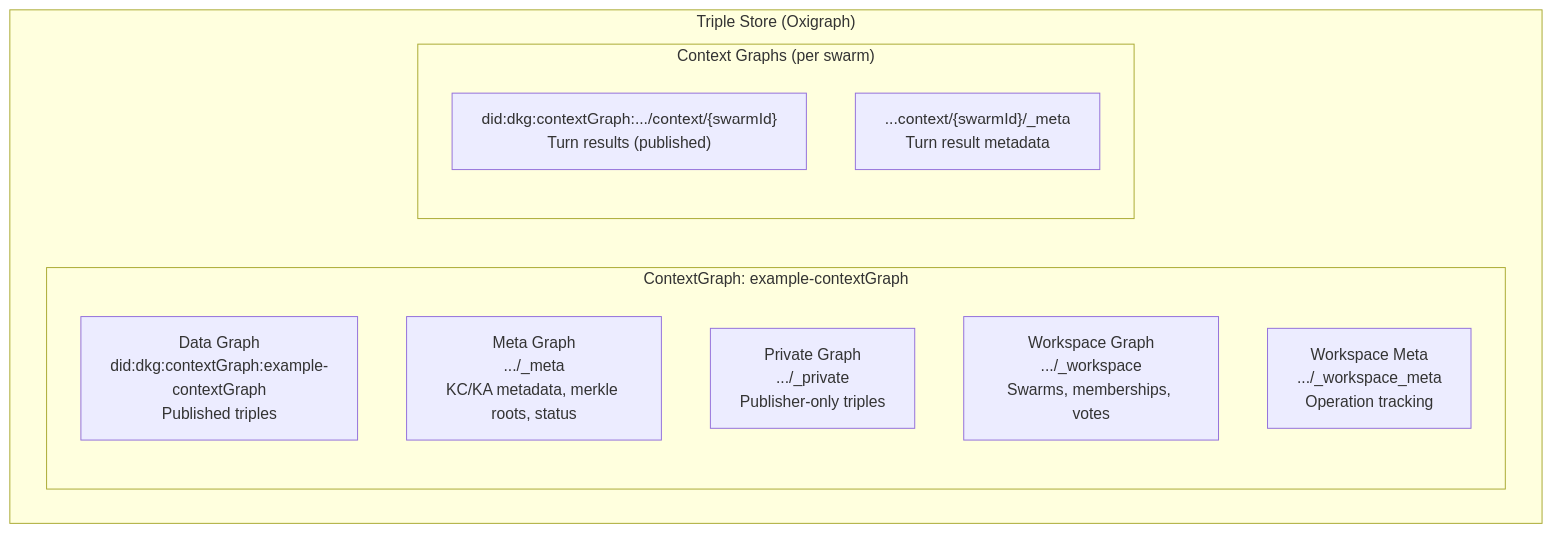
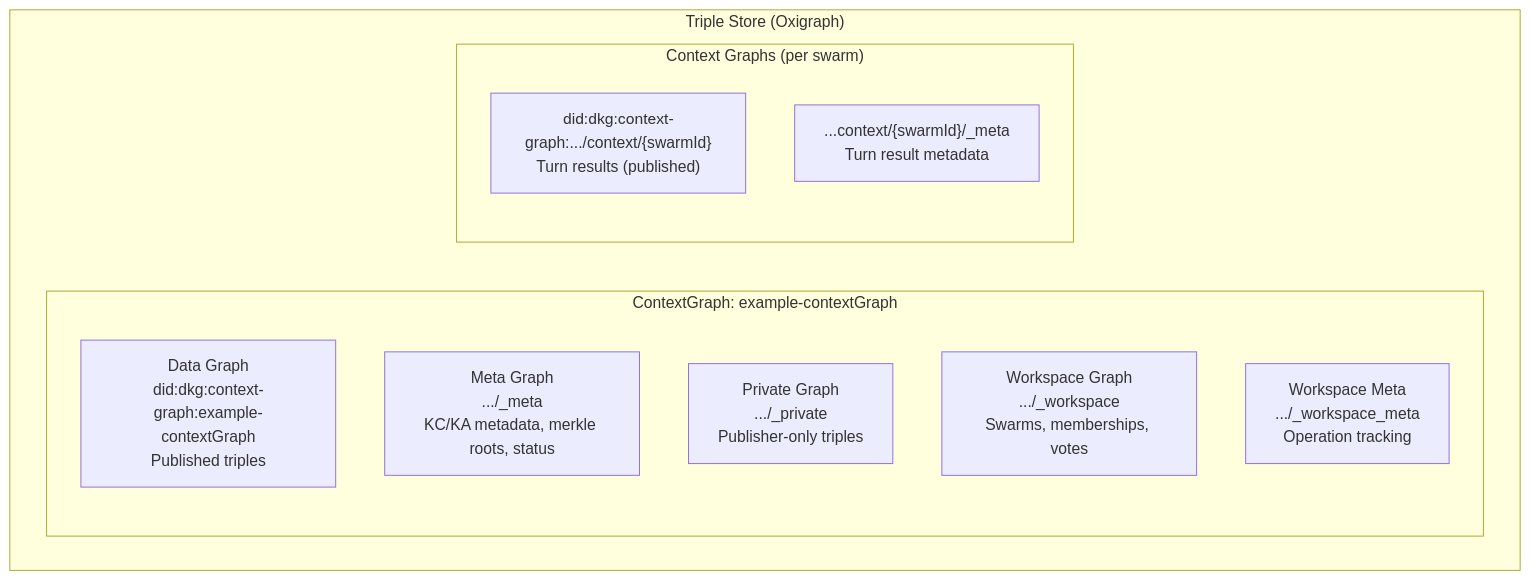
Diagram 13 of 15 in docs/v9-protocol-operations.md (KilianTrunk/dkg), drawn with Mermaid before and after one commit. The commit also changed other lines of this file and 44 other files, not shown here.

Commit message:
fix: align context graph protocol cleanup

````diff
--- a/docs/v9-protocol-operations.md
+++ b/docs/v9-protocol-operations.md
@@ -969,17 +969,17 @@
 ```mermaid
 graph TB
     subgraph "Triple Store (Oxigraph)"
         subgraph "ContextGraph: example-contextGraph"
-            DATA["Data Graph<br/>did:dkg:contextGraph:example-contextGraph<br/>Published triples"]
+            DATA["Data Graph<br/>did:dkg:context-graph:example-contextGraph<br/>Published triples"]
             META["Meta Graph<br/>.../_meta<br/>KC/KA metadata, merkle roots, status"]
             PRIV["Private Graph<br/>.../_private<br/>Publisher-only triples"]
             WS["Workspace Graph<br/>.../_workspace<br/>Swarms, memberships, votes"]
             WS_META["Workspace Meta<br/>.../_workspace_meta<br/>Operation tracking"]
         end
 
         subgraph "Context Graphs (per swarm)"
-            CTX["did:dkg:contextGraph:.../context/{swarmId}<br/>Turn results (published)"]
+            CTX["did:dkg:context-graph:.../context/{swarmId}<br/>Turn results (published)"]
             CTX_META["...context/{swarmId}/_meta<br/>Turn result metadata"]
         end
     end
 ```
````
